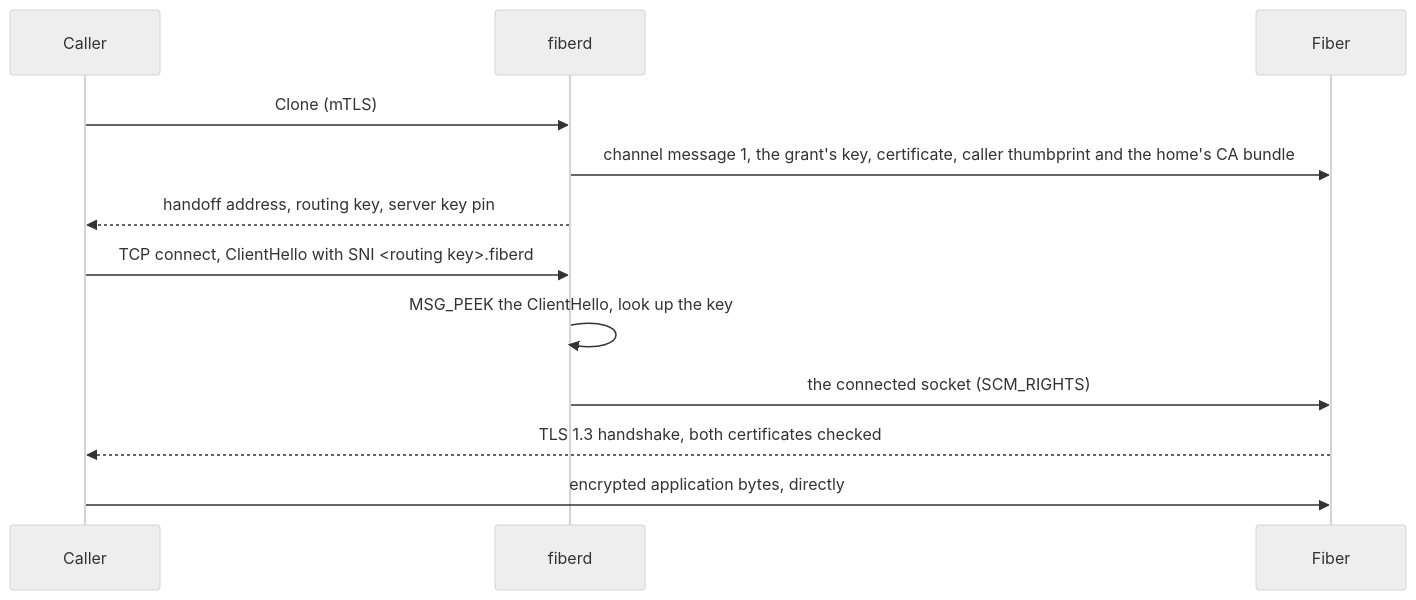
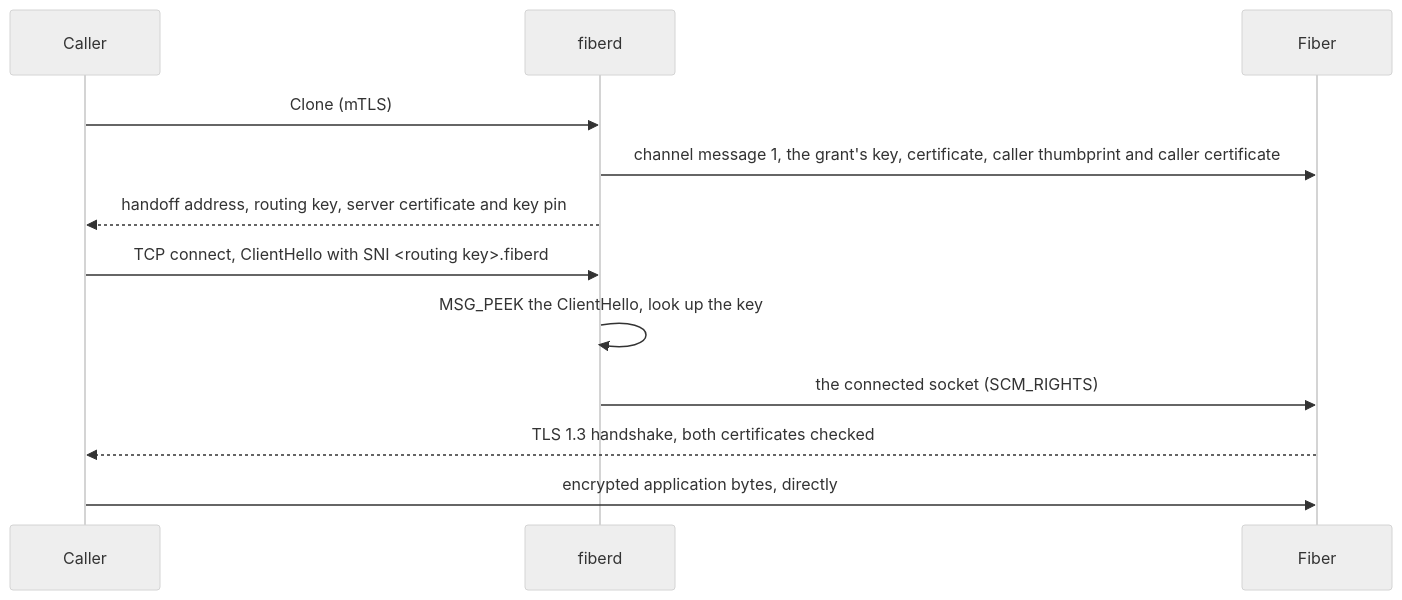
The diagram in docs/design/handoff.md (helayoty/fiberd), drawn with Mermaid (neutral theme) before and after one commit. The commit also changed other lines of this file and 43 other files, not shown here.

Commit message:
Refuse any certificate but the pinned one inside the handoff handshake

````diff
--- a/docs/design/handoff.md
+++ b/docs/design/handoff.md
@@ -15,14 +15,14 @@
 ```mermaid
 sequenceDiagram
   participant C as Caller
   participant A as fiberd
   participant F as Fiber
   C->>A: Clone (mTLS)
-  A->>F: channel message 1, the grant's key, certificate, caller thumbprint and the home's CA bundle
-  A-->>C: handoff address, routing key, server key pin
+  A->>F: channel message 1, the grant's key, certificate, caller thumbprint and caller certificate
+  A-->>C: handoff address, routing key, server certificate and key pin
   C->>A: TCP connect, ClientHello with SNI <routing key>.fiberd
   A->>A: MSG_PEEK the ClientHello, look up the key
   A->>F: the connected socket (SCM_RIGHTS)
   F-->>C: TLS 1.3 handshake, both certificates checked
   C->>F: encrypted application bytes, directly
 ```
````
